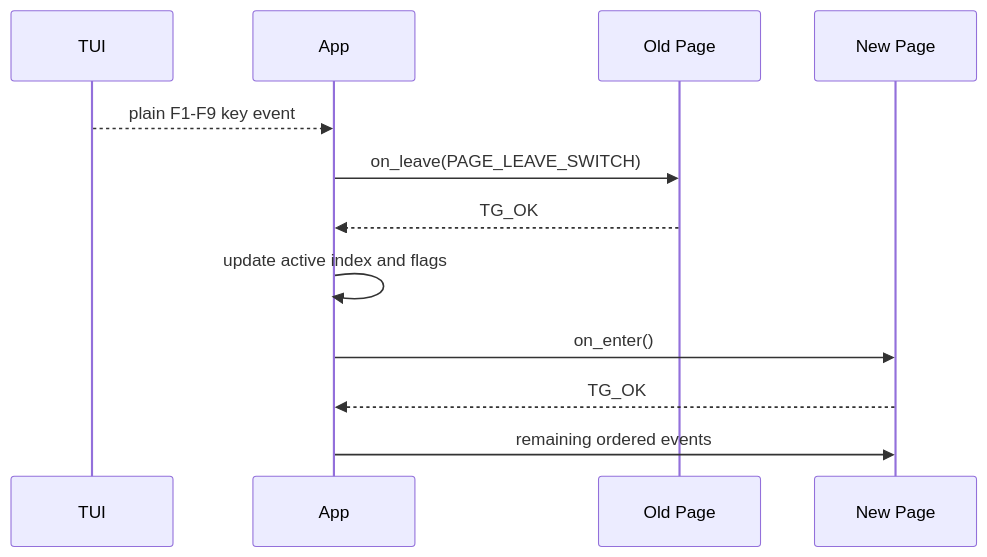
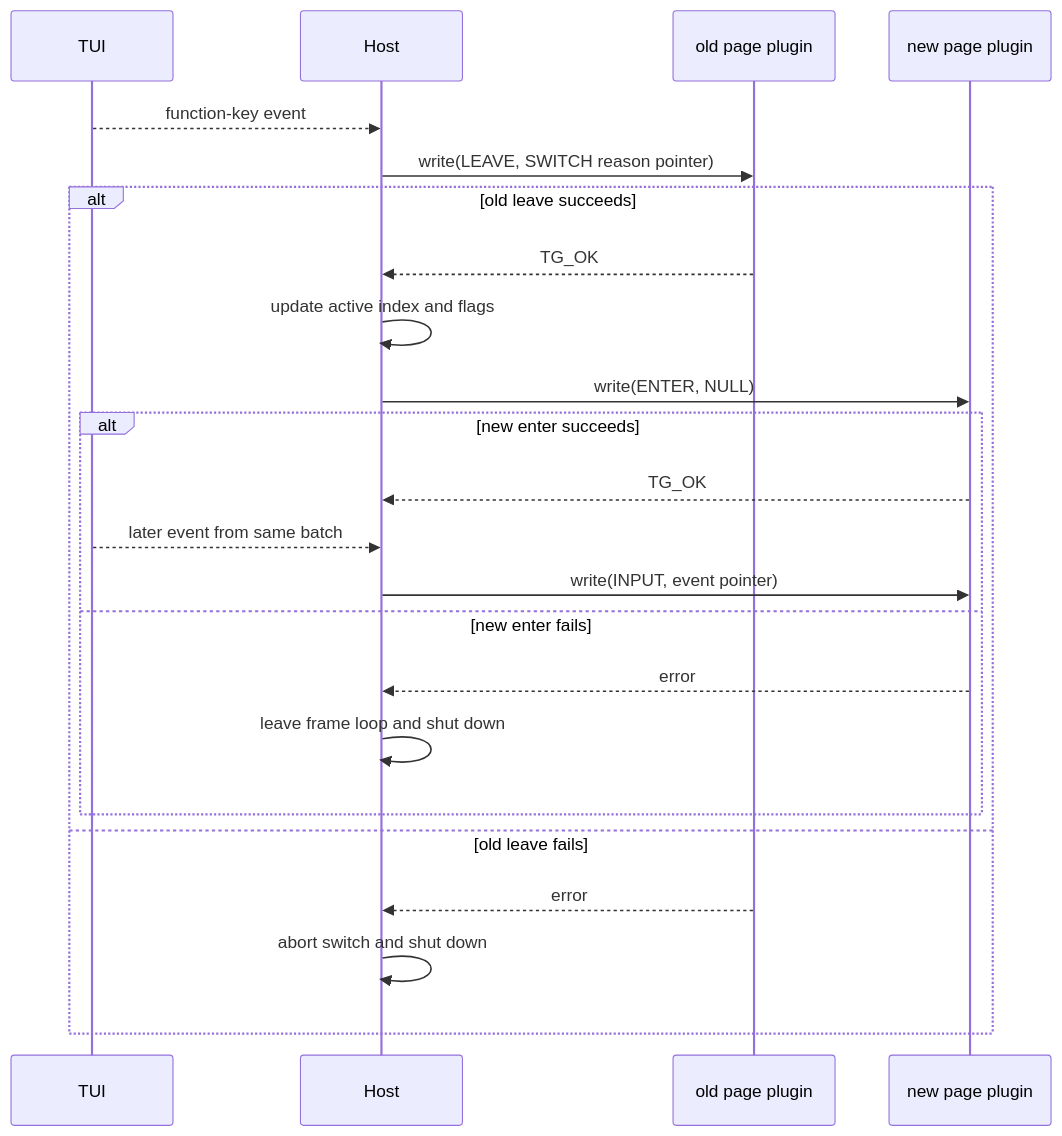
Before and after one commit to jeff31415/Tverse: the fourth of 6 diagrams in docs/application-lifecycle.md, drawn with Mermaid. The commit also changed other lines of this file and 43 other files, not shown here.

````diff
--- a/docs/application-lifecycle.md
+++ b/docs/application-lifecycle.md
@@ -33,15 +139,26 @@
 ```mermaid
 sequenceDiagram
-    participant TUI
-    participant App
-    participant Old as Old Page
-    participant New as New Page
+  participant TUI
+  participant Host
+  participant Old as old page plugin
+  participant New as new page plugin
 
-    TUI-->>App: plain F1-F9 key event
-    App->>Old: on_leave(PAGE_LEAVE_SWITCH)
-    Old-->>App: TG_OK
-    App->>App: update active index and flags
-    App->>New: on_enter()
-    New-->>App: TG_OK
-    App->>New: remaining ordered events
+  TUI-->>Host: function-key event
+  Host->>Old: write(LEAVE, SWITCH reason pointer)
+  alt old leave succeeds
+    Old-->>Host: TG_OK
+    Host->>Host: update active index and flags
+    Host->>New: write(ENTER, NULL)
+    alt new enter succeeds
+      New-->>Host: TG_OK
+      TUI-->>Host: later event from same batch
+      Host->>New: write(INPUT, event pointer)
+    else new enter fails
+      New-->>Host: error
+      Host->>Host: leave frame loop and shut down
+    end
+  else old leave fails
+    Old-->>Host: error
+    Host->>Host: abort switch and shut down
+  end
 ```
````
